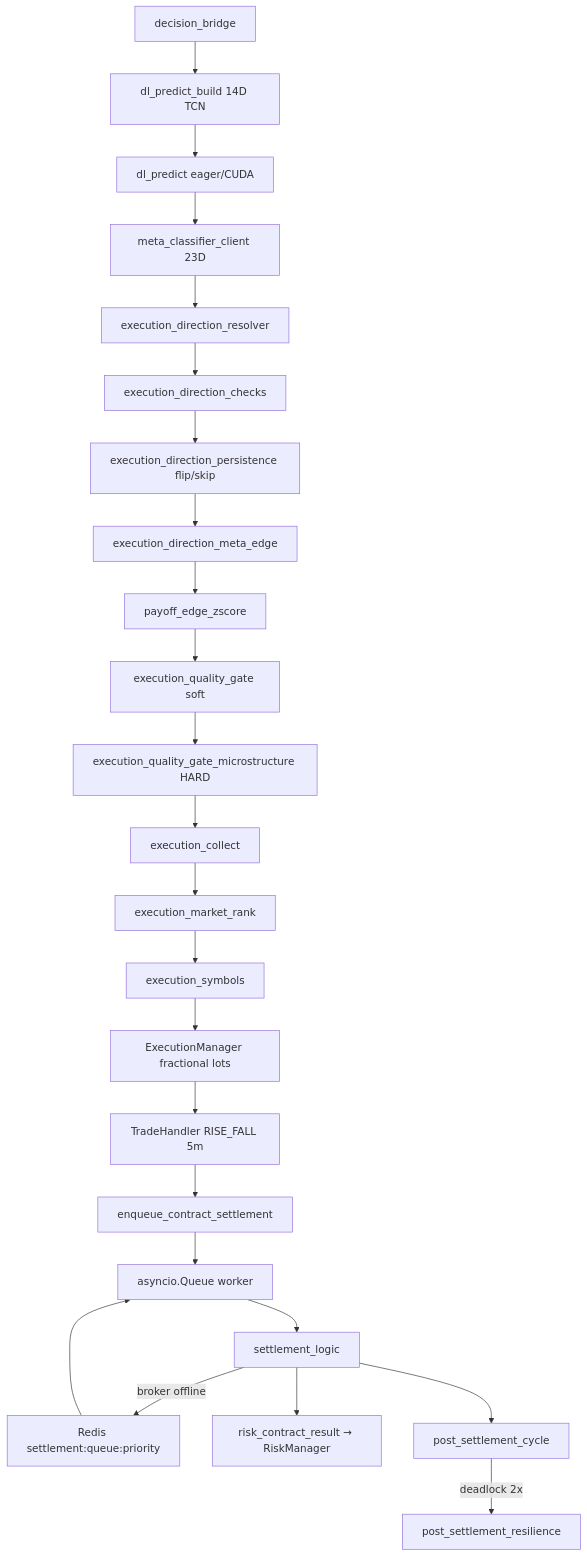
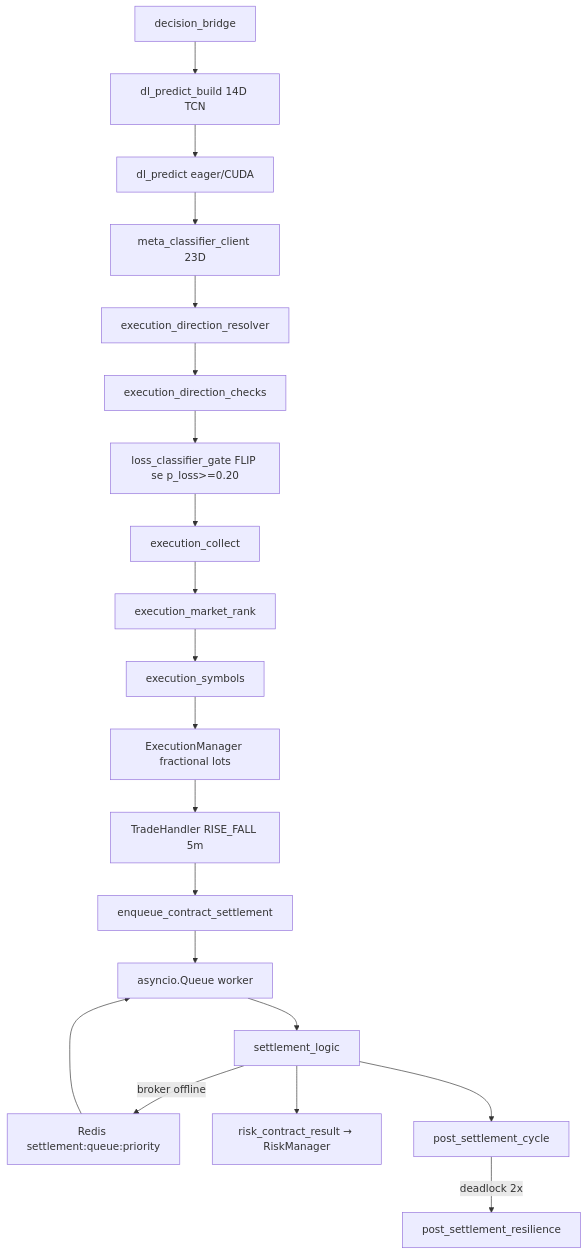
One commit to victorh-silveira/aether-quantum-engine changed the diagram in docs/structure.md. Above: the diagram before and after it, drawn with Mermaid. The commit also changed other lines of this file and 41 other files, not shown here.

First line of the commit message:
feat(engine): FLIP por p_eff do loss-clf no piso 0.55

````diff
--- a/docs/structure.md
+++ b/docs/structure.md
@@ -477,26 +476,22 @@
 ```mermaid
 flowchart TD
   BR[decision_bridge] --> BUNDLE[dl_predict_build 14D TCN]
   BUNDLE --> PRED[dl_predict eager/CUDA]
   PRED --> META[meta_classifier_client 23D]
   META --> RES[execution_direction_resolver]
   RES --> CHK[execution_direction_checks]
-  CHK --> DG[execution_direction_persistence flip/skip]
-  DG --> EDGE[execution_direction_meta_edge]
-  EDGE --> ZS[payoff_edge_zscore]
-  ZS --> QG[execution_quality_gate soft]
-  QG --> MICRO[execution_quality_gate_microstructure HARD]
-  MICRO --> COL[execution_collect]
+  CHK --> LOSS[loss_classifier_gate FLIP se p_loss>=0.20]
+  LOSS --> COL[execution_collect]
   COL --> RANK[execution_market_rank]
   RANK --> SYM[execution_symbols]
   SYM --> EM[ExecutionManager fractional lots]
   EM --> TH[TradeHandler RISE_FALL 5m]
   TH --> ENQ[enqueue_contract_settlement]
   ENQ --> WQ[asyncio.Queue worker]
   WQ --> ST[settlement_logic]
   ST -->|broker offline| RQ[Redis settlement:queue:priority]
   RQ --> WQ
   ST --> RM[risk_contract_result → RiskManager]
   ST --> PSC[post_settlement_cycle]
   PSC -->|deadlock 2x| REC[post_settlement_resilience]
 ```
````
